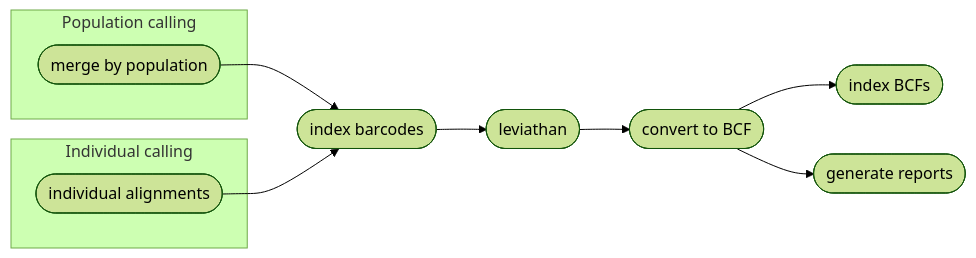
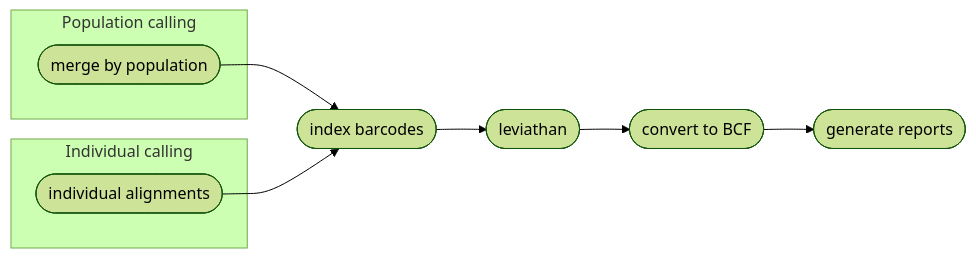
Before and after one commit to pdimens/harpy: the second of 2 diagrams in Modules/variantcalling.md, drawn with Mermaid (forest theme). The commit also changed 1 other file, not shown here.

Commit message:
update to new logic

````diff
--- a/Modules/variantcalling.md
+++ b/Modules/variantcalling.md
@@ -97,15 +97,14 @@
 ```mermaid
 graph LR
     subgraph Population calling
     popsplit([merge by population])
     end
     subgraph Individual calling
     bams([individual alignments])
     end
     popsplit-->A
     bams-->A
     A([index barcodes]) --> B([leviathan])
     B-->C([convert to BCF])
-    C-->D([index BCFs])
     C-->E([generate reports])
 ```
````
